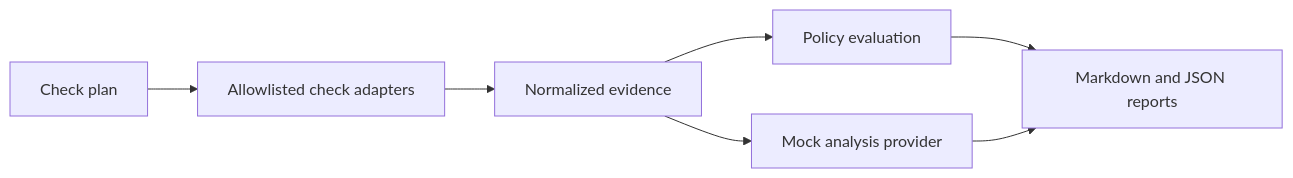
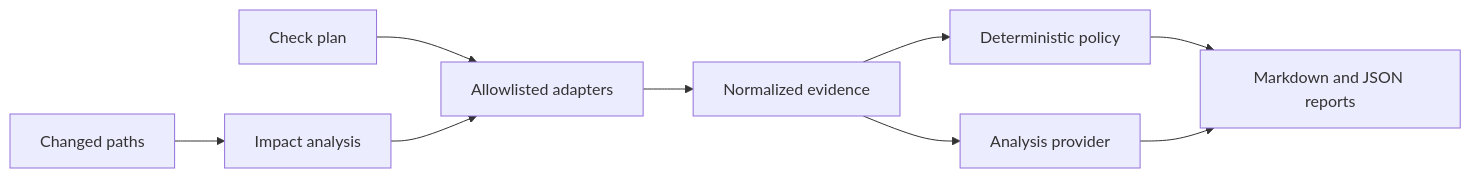
One commit to mateoRc/lab changed the diagram in content/docs/architecture/sentinel.md. Above: the diagram before and after it, drawn with Mermaid. The commit also changed other lines of this file and 11 other files, not shown here.

````diff
--- a/content/docs/architecture/sentinel.md
+++ b/content/docs/architecture/sentinel.md
@@ -66,15 +9,11 @@
 ```mermaid
 flowchart LR
-    plan["Check plan"]
-    checks["Allowlisted check adapters"]
-    evidence["Normalized evidence"]
-    policy["Policy evaluation"]
-    provider["Mock analysis provider"]
-    report["Markdown and JSON reports"]
-
-    plan --> checks --> evidence
-    evidence --> policy
-    evidence --> provider
-    policy --> report
+    changes["Changed paths"] --> impact["Impact analysis"]
+    plan["Check plan"] --> checks["Allowlisted adapters"]
+    impact --> checks
+    checks --> evidence["Normalized evidence"]
+    evidence --> policy["Deterministic policy"]
+    evidence --> provider["Analysis provider"]
+    policy --> report["Markdown and JSON reports"]
     provider --> report
 ```
````
